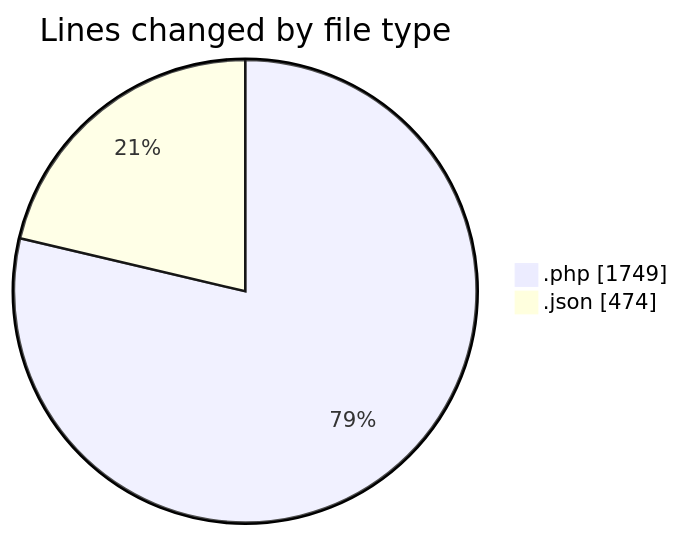
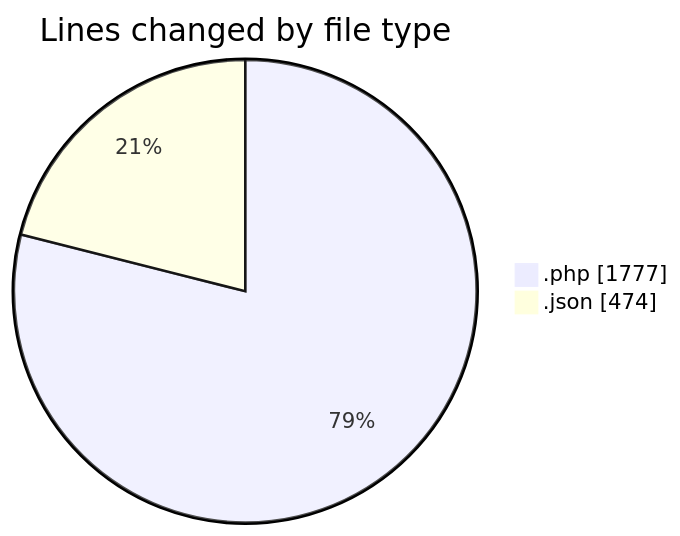
The first of 2 diagrams in 2025-06-22/studio-backend/README.md (idhammustaqopulfikri/code-tracking), drawn with Mermaid before and after one commit. The commit also changed other lines of this file and 1 other file, not shown here.

````diff
--- a/2025-06-22/studio-backend/README.md
+++ b/2025-06-22/studio-backend/README.md
@@ -28,6 +28,6 @@
 ```mermaid
 pie showData
 title Lines changed by file type
-".php" : 1749
+".php" : 1777
 ".json" : 474
 ```
````
